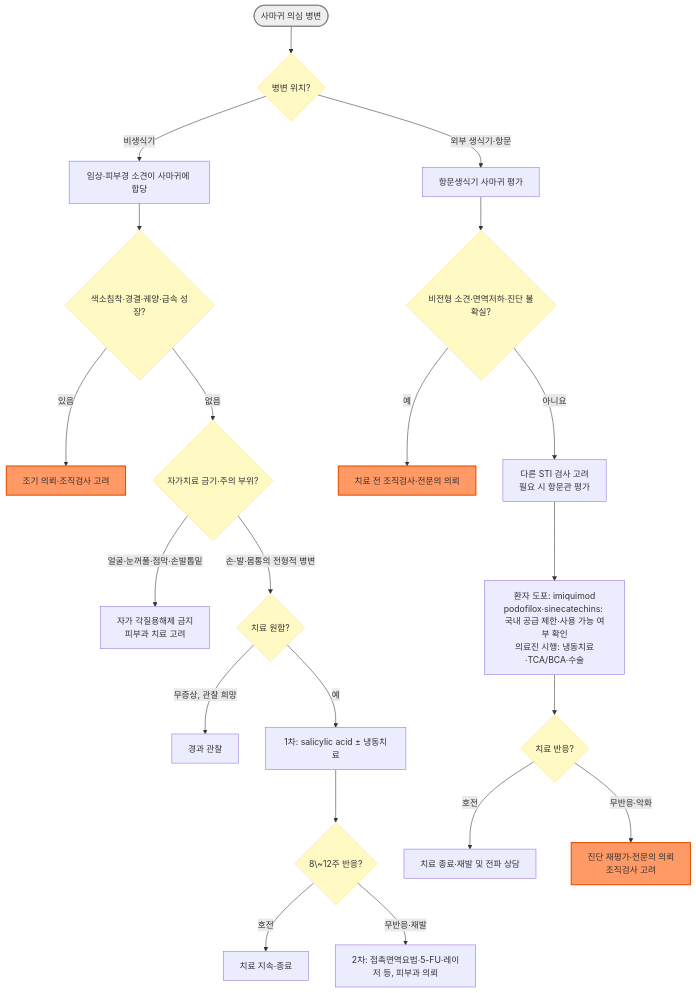
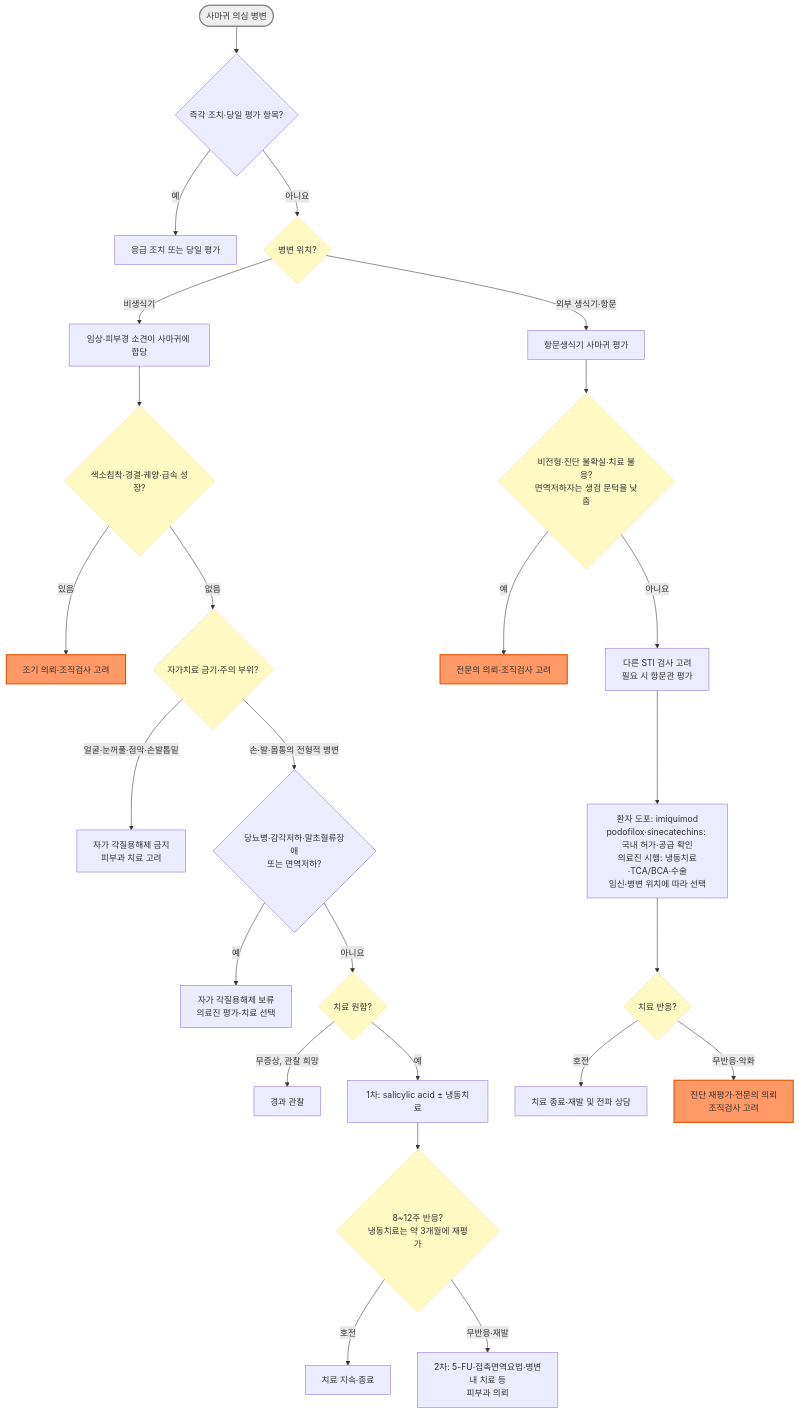
The diagram in 229_/182_-wart.md (familyoh77/familyoh77), drawn with Mermaid before and after one commit. The commit also changed other lines of this file and 6 other files, not shown here.

````diff
--- a/229_/182_-wart.md
+++ b/229_/182_-wart.md
@@ -117,37 +123,41 @@
 ```mermaid
 graph TD
-    Start(["사마귀 의심 병변"]) --> Loc{"병변 위치?"}
+    Start(["사마귀 의심 병변"]) --> Urgent{"즉각 조치·당일 평가 항목?"}
+    Urgent -->|"예"| Now["응급 조치 또는 당일 평가"]
+    Urgent -->|"아니요"| Loc{"병변 위치?"}
     Loc -->|"비생식기"| NG["임상·피부경 소견이 사마귀에 합당"]
     Loc -->|"외부 생식기·항문"| GW["항문생식기 사마귀 평가"]
 
     NG --> Atyp{"색소침착·경결·궤양·급속 성장?"}
     Atyp -->|"있음"| Bx["조기 의뢰·조직검사 고려"]
     Atyp -->|"없음"| Site{"자가치료 금기·주의 부위?"}
     Site -->|"얼굴·눈꺼풀·점막·손발톱밑"| Special["자가 각질용해제 금지<br>피부과 치료 고려"]
-    Site -->|"손·발·몸통의 전형적 병변"| Want{"치료 원함?"}
+    Site -->|"손·발·몸통의 전형적 병변"| Risk{"당뇨병·감각저하·말초혈류장애<br>또는 면역저하?"}
+    Risk -->|"예"| Assess["자가 각질용해제 보류<br>의료진 평가·치료 선택"]
+    Risk -->|"아니요"| Want{"치료 원함?"}
     Want -->|"무증상, 관찰 희망"| Obs["경과 관찰"]
     Want -->|"예"| L1["1차: salicylic acid ± 냉동치료"]
-    L1 --> Resp{"8\~12주 반응?"}
+    L1 --> Resp{"8~12주 반응?<br>냉동치료는 약 3개월에 재평가"}
     Resp -->|"호전"| Cont["치료 지속·종료"]
-    Resp -->|"무반응·재발"| L2["2차: 접촉면역요법·5-FU·레이저 등, 피부과 의뢰"]
+    Resp -->|"무반응·재발"| L2["2차: 5-FU·접촉면역요법·병변내 치료 등<br>피부과 의뢰"]
 
-    GW --> GAtyp{"비전형 소견·면역저하·진단 불확실?"}
-    GAtyp -->|"예"| GBx["치료 전 조직검사·전문의 의뢰"]
+    GW --> GAtyp{"비전형·진단 불확실·치료 불응?<br>면역저하자는 생검 문턱을 낮춤"}
+    GAtyp -->|"예"| GBx["전문의 의뢰·조직검사 고려"]
     GAtyp -->|"아니요"| STI["다른 STI 검사 고려<br>필요 시 항문관 평가"]
-    STI --> GTx["환자 도포: imiquimod<br>podofilox·sinecatechins: 국내 공급 제한·사용 가능 여부 확인<br>의료진 시행: 냉동치료·TCA/BCA·수술"]
+    STI --> GTx["환자 도포: imiquimod<br>podofilox·sinecatechins: 국내 허가·공급 확인<br>의료진 시행: 냉동치료·TCA/BCA·수술<br>임신·병변 위치에 따라 선택"]
     GTx --> GResp{"치료 반응?"}
     GResp -->|"호전"| GDone["치료 종료·재발 및 전파 상담"]
     GResp -->|"무반응·악화"| Refer["진단 재평가·전문의 의뢰<br>조직검사 고려"]
 
     style Loc fill:#fff9c4,stroke:#ffe082
     style Atyp fill:#fff9c4,stroke:#ffe082
     style Site fill:#fff9c4,stroke:#ffe082
     style Want fill:#fff9c4,stroke:#ffe082
     style Resp fill:#fff9c4,stroke:#ffe082
     style GAtyp fill:#fff9c4,stroke:#ffe082
     style GResp fill:#fff9c4,stroke:#ffe082
     style Bx fill:#f96,stroke:#e65100,stroke-width:2px
     style GBx fill:#f96,stroke:#e65100,stroke-width:2px
     style Refer fill:#f96,stroke:#e65100,stroke-width:2px
     style Start fill:#eeeeee,stroke:#888888,stroke-width:2px
 ```
````
